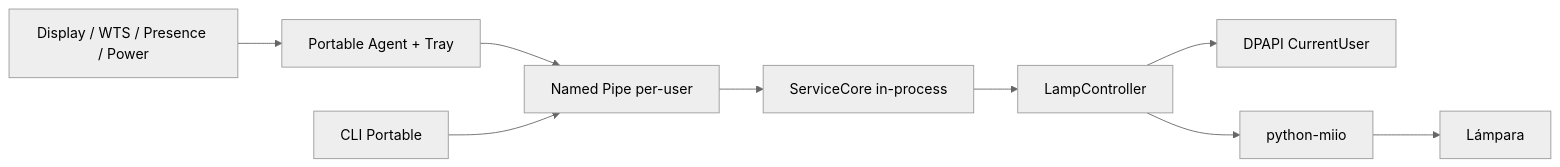
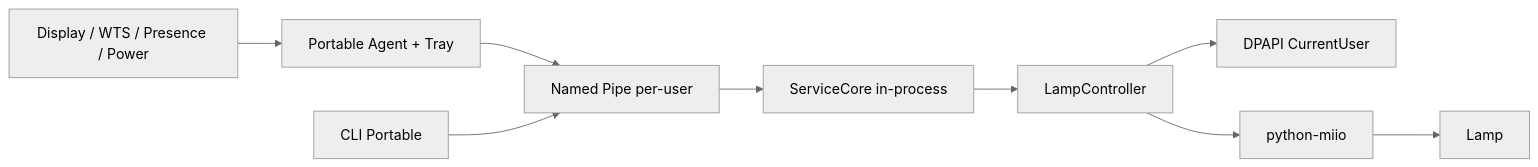
The first of 2 diagrams in README.md (NicolasWeibel/mijia-lamp-automation), drawn with Mermaid (neutral theme) before and after one commit. The commit also changed other lines of this file and 109 other files, not shown here.

````diff
--- a/README.md
+++ b/README.md
@@ -211,11 +242,11 @@
 ```mermaid
 flowchart LR
   Windows[Display / WTS / Presence / Power] --> Agent[Portable Agent + Tray]
   Agent --> Pipe[Named Pipe per-user]
   CLI[CLI Portable] --> Pipe
   Pipe --> Core[ServiceCore in-process]
   Core --> Controller[LampController]
   Controller --> DPAPI[DPAPI CurrentUser]
   Controller --> MiIO[python-miio]
-  MiIO --> Lamp[Lámpara]
+  MiIO --> Lamp[Lamp]
 ```
````
